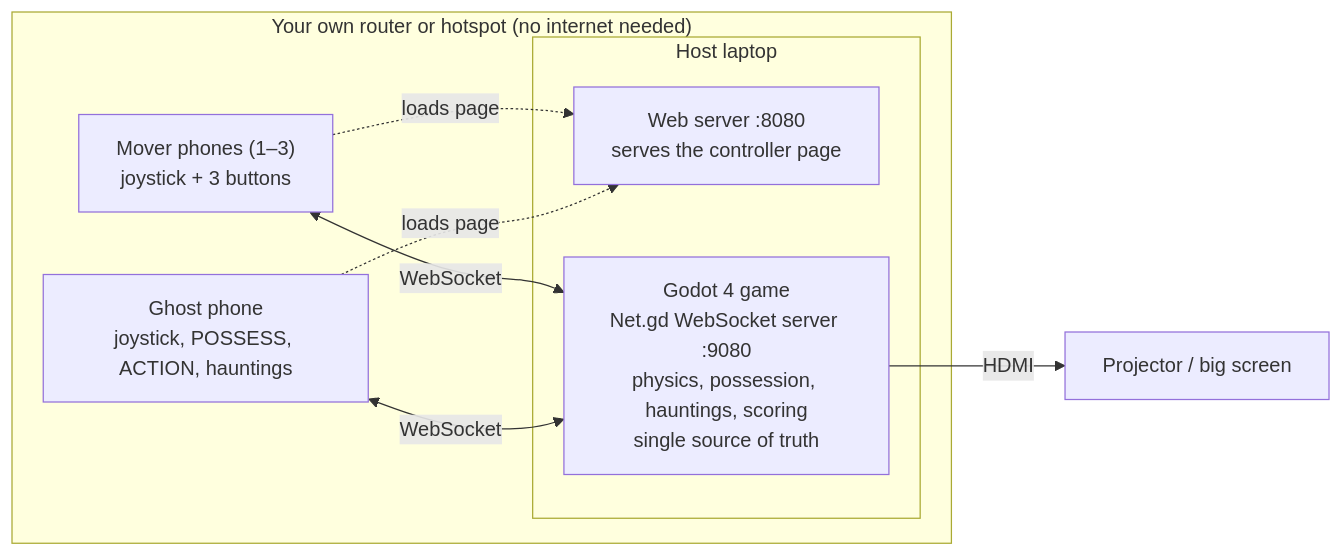
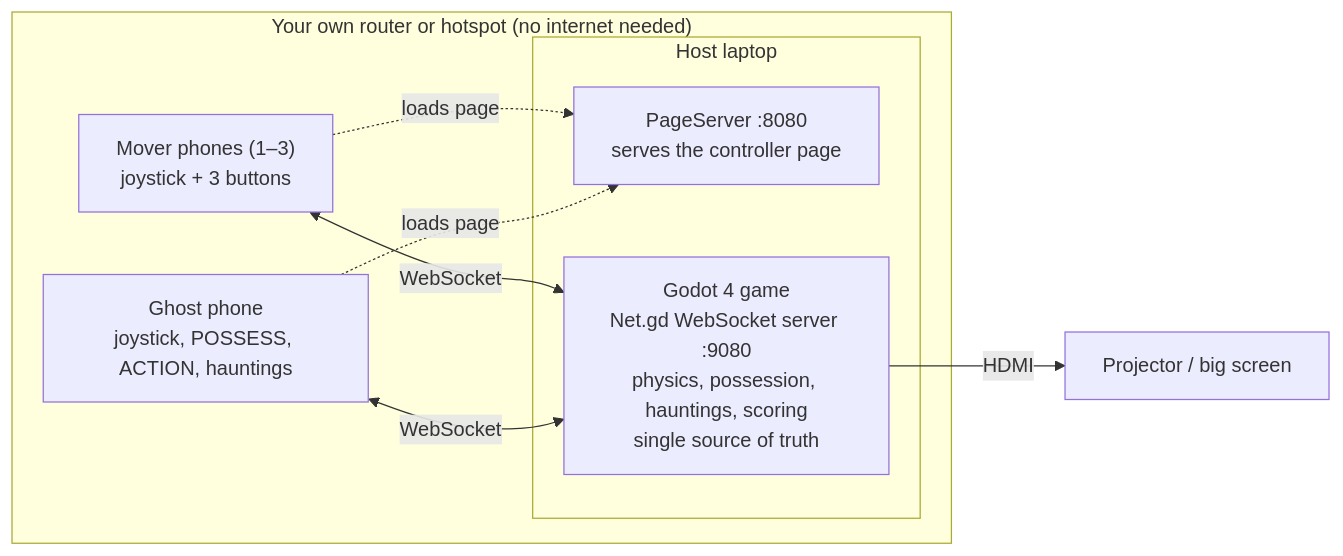
One commit to AtharvK-28/GameDevHack changed the second of 2 diagrams in ghosted-movers-spec.md. Above: the diagram before and after it, drawn with Mermaid. The commit also changed other lines of this file and 8 other files, not shown here.

First line of the commit message:
The host serves the phone page itself

````diff
--- a/ghosted-movers-spec.md
+++ b/ghosted-movers-spec.md
@@ -388,16 +388,16 @@
 ```mermaid
 flowchart LR
   subgraph NET["Your own router or hotspot (no internet needed)"]
     MP["Mover phones (1–3)<br/>joystick + 3 buttons"]
     GP["Ghost phone<br/>joystick, POSSESS, ACTION, hauntings"]
     subgraph HOST["Host laptop"]
-      WEB["Web server :8080<br/>serves the controller page"]
+      WEB["PageServer :8080<br/>serves the controller page"]
       GODOT["Godot 4 game<br/>Net.gd WebSocket server :9080<br/>physics, possession, hauntings, scoring<br/>single source of truth"]
     end
   end
   MP -. loads page .-> WEB
   GP -. loads page .-> WEB
   MP <-- WebSocket --> GODOT
   GP <-- WebSocket --> GODOT
   GODOT -- HDMI --> PROJ["Projector / big screen"]
 ```
````
